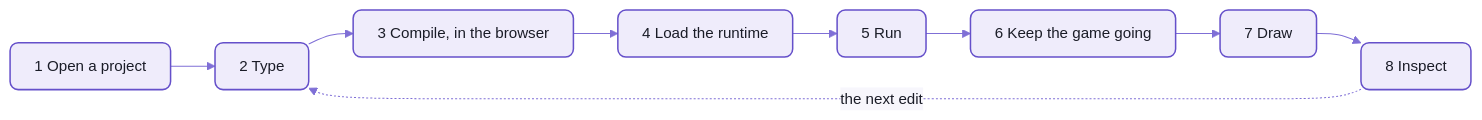
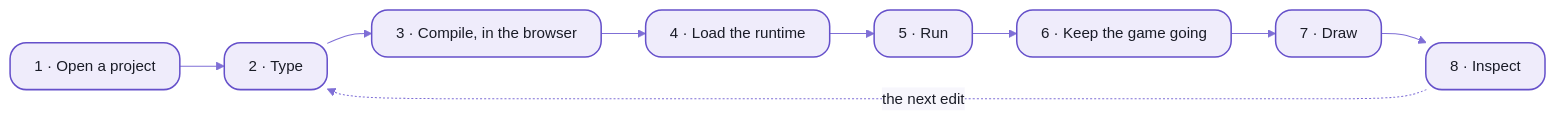
The first of 4 diagrams in app/README.md (spell-app/spell), drawn with Mermaid before and after one commit. The commit also changed other lines of this file and 8 other files, not shown here.

````diff
--- a/app/README.md
+++ b/app/README.md
@@ -58,14 +123,16 @@
 ```mermaid
 %%{init: {"theme":"base","themeVariables":{"fontFamily":"-apple-system, BlinkMacSystemFont, Segoe UI, Helvetica, Arial, sans-serif","fontSize":"15px","primaryColor":"#EFECFB","primaryBorderColor":"#6550CA","primaryTextColor":"#1A1C27","secondaryColor":"#F4F1E9","tertiaryColor":"#F7F6FC","lineColor":"#7F6FD6","textColor":"#7F6FD6","clusterBkg":"#F7F6FC","clusterBorder":"#B9B0E8","titleColor":"#1A1C27","edgeLabelBackground":"#F7F6FC","actorBkg":"#EFECFB","actorBorder":"#6550CA","actorTextColor":"#1A1C27","actorLineColor":"#9C90DE","signalColor":"#7F6FD6","signalTextColor":"#7F6FD6","labelBoxBkgColor":"#EFECFB","labelBoxBorderColor":"#6550CA","labelTextColor":"#1A1C27","loopTextColor":"#7F6FD6","noteBkgColor":"#F1E7D4","noteBorderColor":"#C9B48A","noteTextColor":"#1A1C27","activationBkgColor":"#DCD6F7","activationBorderColor":"#6550CA","sequenceNumberColor":"#FFFFFF"},"flowchart":{"curve":"basis","padding":12,"nodeSpacing":40,"rankSpacing":44}}}%%
 flowchart LR
-  open["1 Open a project"] --> type["2 Type"]
-  type --> compile["3 Compile, in the browser"]
-  compile --> runtime["4 Load the runtime"]
-  runtime --> run["5 Run"]
-  run --> keep["6 Keep the game going"]
-  keep --> draw["7 Draw"]
-  draw --> inspect["8 Inspect"]
+  open["1 · Open a project"] --> type["2 · Type"]
+  type --> compile["3 · Compile, in the browser"]
+  compile --> runtime["4 · Load the runtime"]
+  runtime --> run["5 · Run"]
+  run --> keep["6 · Keep the game going"]
+  keep --> draw["7 · Draw"]
+  draw --> inspect["8 · Inspect"]
   inspect -. "the next edit" .-> type
   %% the Spell look:  yarn mermaid:pretty
   classDef default fill:#EFECFB,stroke:#6550CA,stroke-width:1.5px,color:#1A1C27,rx:8px,ry:8px
+  classDef step fill:#EFECFB,stroke:#6550CA,stroke-width:1.5px,color:#1A1C27,rx:16px,ry:16px
+  class open,type,compile,runtime,run,keep,draw,inspect step
 ```
````
